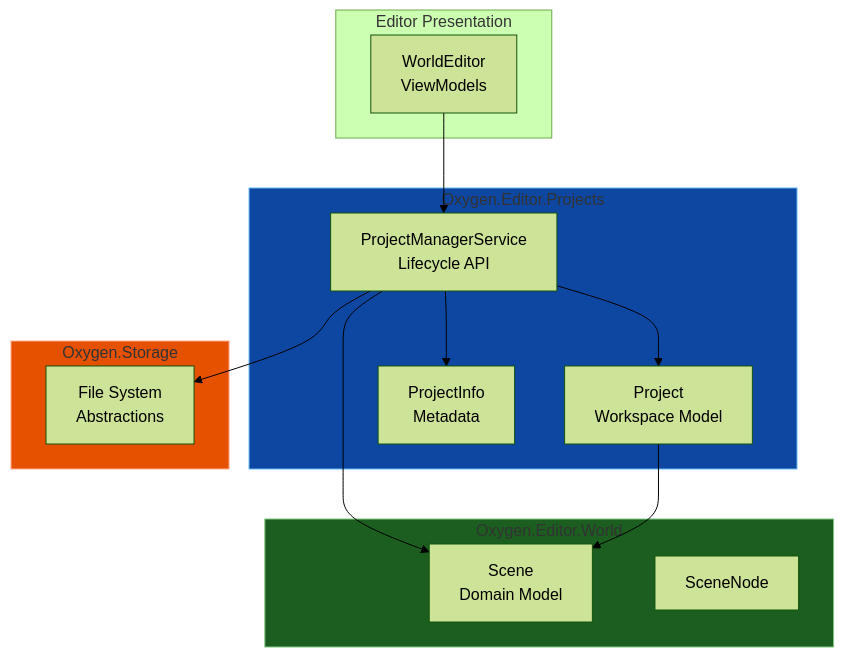
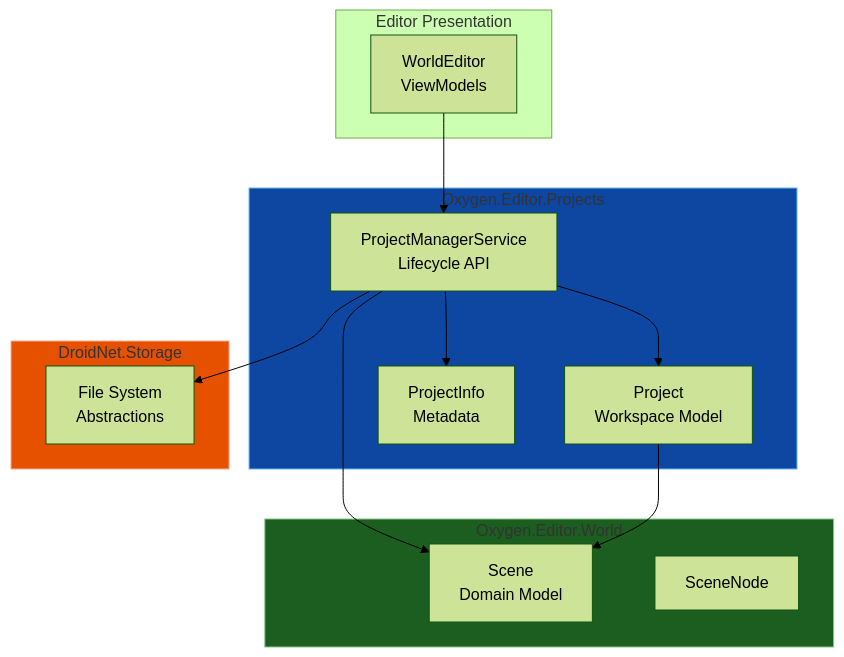
The first of 2 diagrams in projects/Oxygen.Editor.Projects/README.md (abdes/DroidNet), drawn with Mermaid (forest theme) before and after one commit. The commit also changed other lines of this file and 618 other files, not shown here.

````diff
--- a/projects/Oxygen.Editor.Projects/README.md
+++ b/projects/Oxygen.Editor.Projects/README.md
@@ -32,32 +32,32 @@
 ```mermaid
 graph TB
     subgraph Presentation["Editor Presentation"]
         UI[WorldEditor<br/>ViewModels]
     end
 
     subgraph Projects["Oxygen.Editor.Projects"]
         PM[ProjectManagerService<br/>Lifecycle API]
         PROJ[Project<br/>Workspace Model]
         INFO[ProjectInfo<br/>Metadata]
     end
 
     subgraph World["Oxygen.Editor.World"]
         SCENE[Scene<br/>Domain Model]
         NODE[SceneNode]
     end
 
-    subgraph Storage["Oxygen.Storage"]
+    subgraph Storage["DroidNet.Storage"]
         FS[File System<br/>Abstractions]
     end
 
     UI --> PM
     PM --> PROJ
     PM --> INFO
     PM --> SCENE
     PROJ --> SCENE
     PM --> FS
 
     style Projects fill:#0d47a1,stroke:#64b5f6
     style World fill:#1b5e20,stroke:#81c784
     style Storage fill:#e65100,stroke:#ffab91
 ```
````
